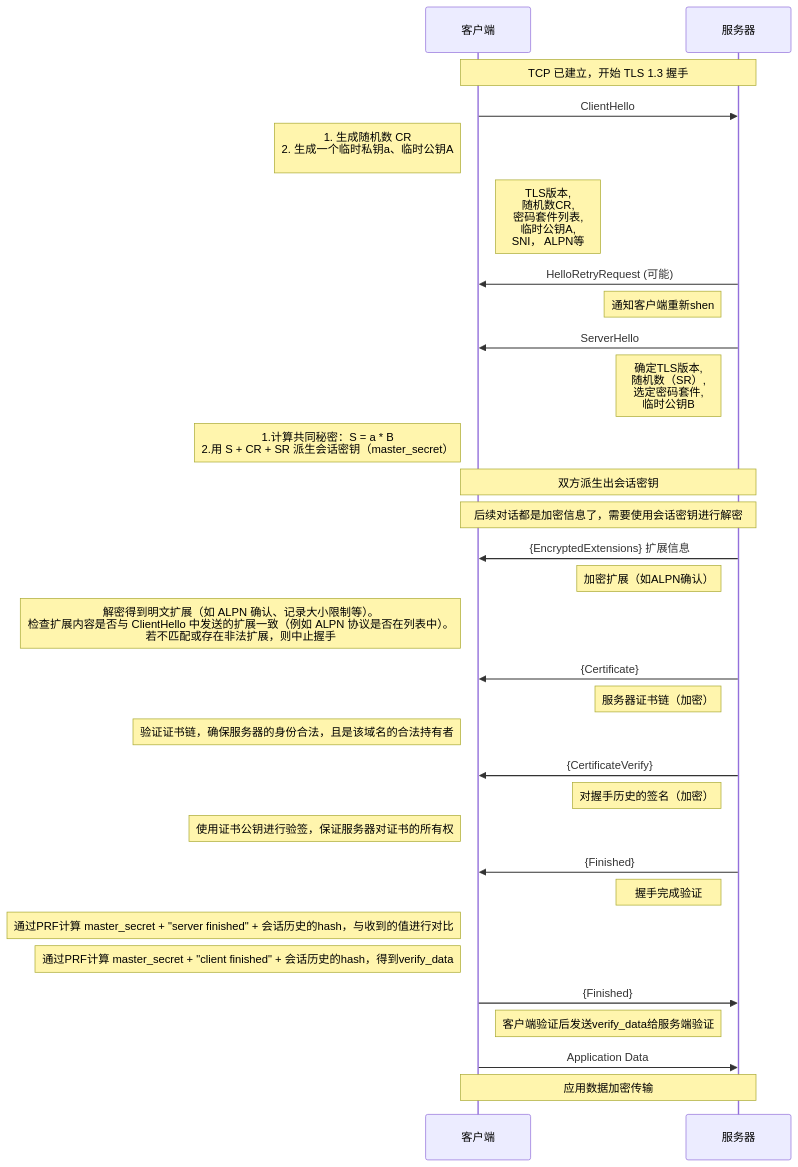
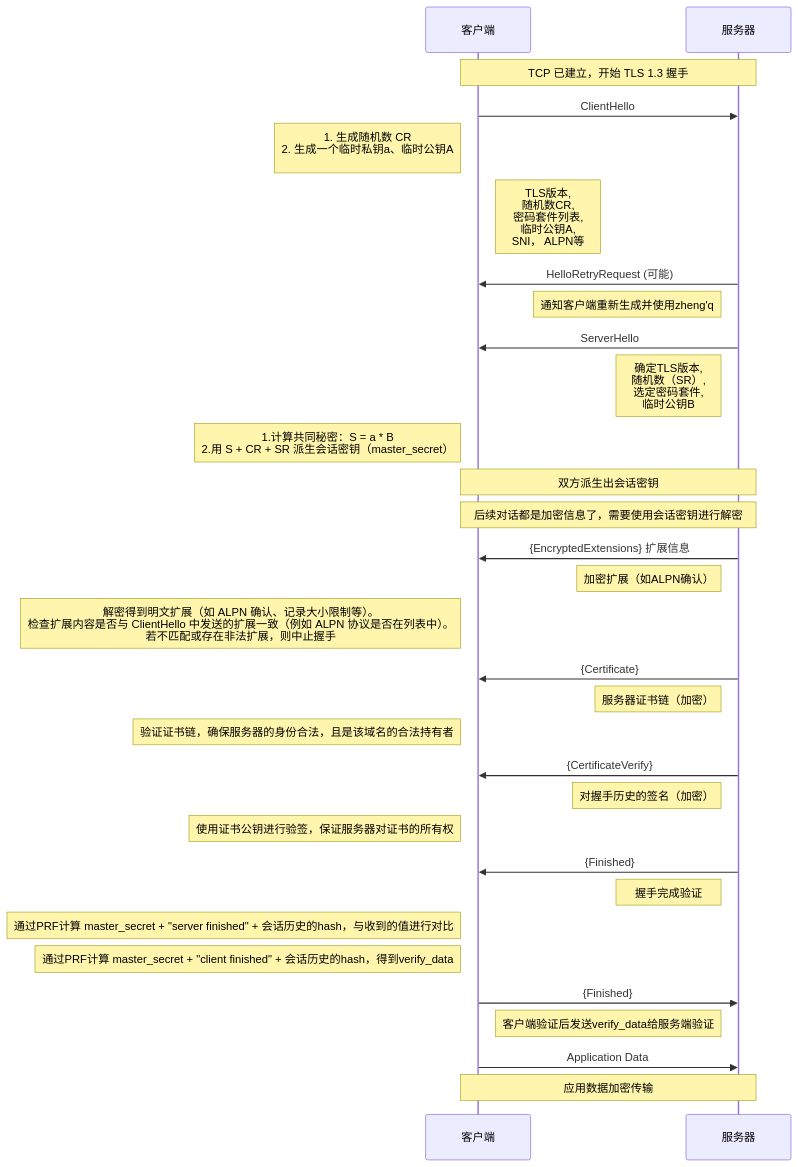
One commit to HY-10-8/iodraw-files changed the diagram in all/TLS-1.3-通用（全）.md. Above: the diagram before and after it, drawn with Mermaid.

Commit message:
2026-03-31 10:08:00 update

````diff
--- a/all/TLS-1.3-通用（全）.md
+++ b/all/TLS-1.3-通用（全）.md
@@ -1,44 +1,44 @@
 ```mermaid
 sequenceDiagram
     participant C as 客户端
     participant S as 服务器
 
     Note over C,S: TCP 已建立，开始 TLS 1.3 握手
 
     C->>S: ClientHello
     Note left of C: 1. 生成随机数 CR<br/> 2. 生成一个临时私钥a、临时公钥A<br/>
     Note right of C: TLS版本,<br/> 随机数CR,<br/> 密码套件列表,<br/> 临时公钥A,<br/> SNI， ALPN等
 
     S->>C: HelloRetryRequest (可能)
-    Note left of S: 通知客户端重新shen
+    Note left of S: 通知客户端重新生成并使用zheng'q
 
     S->>C: ServerHello
     Note left of S: 确定TLS版本, <br/>随机数（SR）,<br/> 选定密码套件, <br/>临时公钥B
     Note left of C: 1.计算共同秘密：S = a * B<br/> 2.用 S + CR + SR 派生会话密钥（master_secret）
 
     Note over C,S: 双方派生出会话密钥
     Note over C,S: 后续对话都是加密信息了，需要使用会话密钥进行解密
 
     S->>C: {EncryptedExtensions} 扩展信息
     Note left of S: 加密扩展（如ALPN确认）
     Note left of C: 解密得到明文扩展（如 ALPN 确认、记录大小限制等）。<br/>检查扩展内容是否与 ClientHello 中发送的扩展一致（例如 ALPN 协议是否在列表中）。<br/> 若不匹配或存在非法扩展，则中止握手
 
     S->>C: {Certificate}
     Note left of S: 服务器证书链（加密）
     Note left of C: 验证证书链，确保服务器的身份合法，且是该域名的合法持有者
 
     S->>C: {CertificateVerify}
     Note left of S: 对握手历史的签名（加密）
     Note left of C: 使用证书公钥进行验签，保证服务器对证书的所有权
 
     S->>C: {Finished}
     Note left of S: 握手完成验证
     Note left of C: 通过PRF计算 master_secret + "server finished" + 会话历史的hash，与收到的值进行对比
     Note left of C: 通过PRF计算 master_secret + "client finished" + 会话历史的hash，得到verify_data
 
     C->>S: {Finished}
     Note right of C: 客户端验证后发送verify_data给服务端验证
 
     C->>S: Application Data
     Note over C,S: 应用数据加密传输
 ```
````
